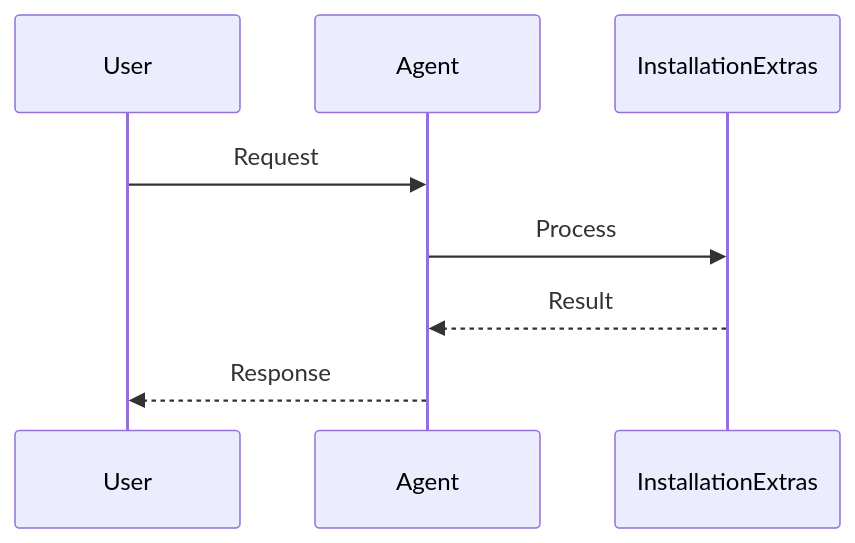
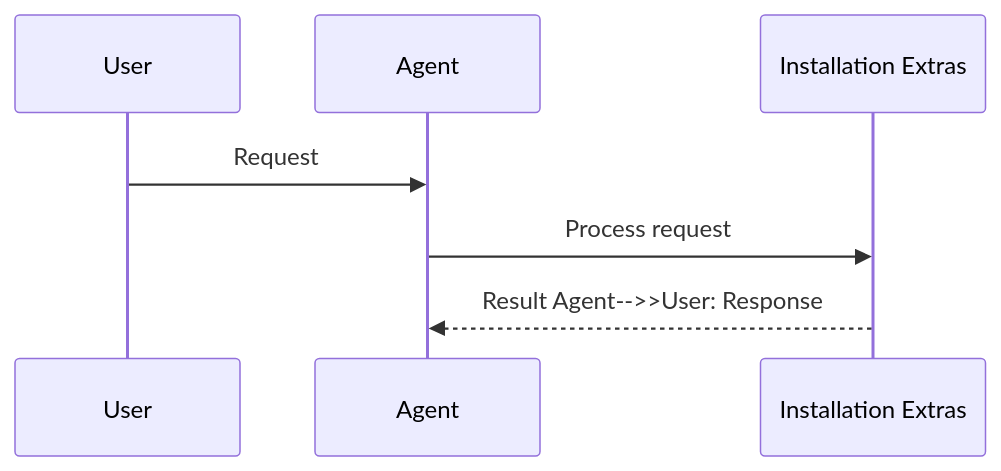
Before and after one commit to MervinPraison/PraisonAIDocs: the second of 2 diagrams in docs/features/installation-extras.mdx, drawn with Mermaid. The commit also changed 204 other files, not shown here.

First line of the commit message:
docs: align feature/tool pages with AGENTS.md hero + sequence + import standards (fixes #1775)

````diff
--- a/docs/features/installation-extras.mdx
+++ b/docs/features/installation-extras.mdx
@@ -80,11 +80,10 @@
 ```mermaid
 sequenceDiagram
     participant User
     participant Agent
-    participant InstallationExtras
+    participant Feature as Installation Extras
 
     User->>Agent: Request
-    Agent->>InstallationExtras: Process
-    InstallationExtras-->>Agent: Result
-    Agent-->>User: Response
+    Agent->>Feature: Process request
+    Feature-->>Agent: Result    Agent-->>User: Response
 ```
````
